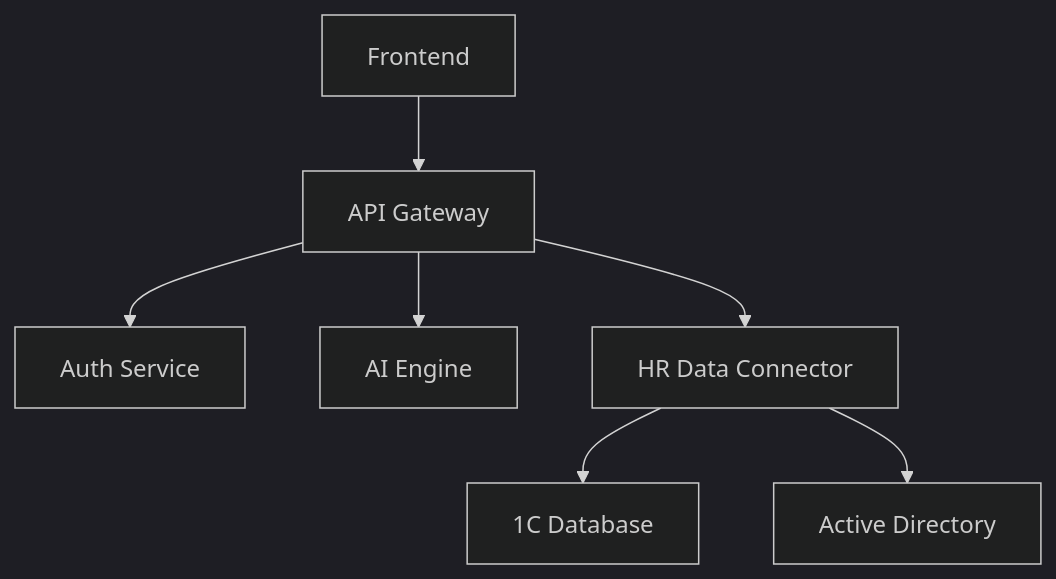
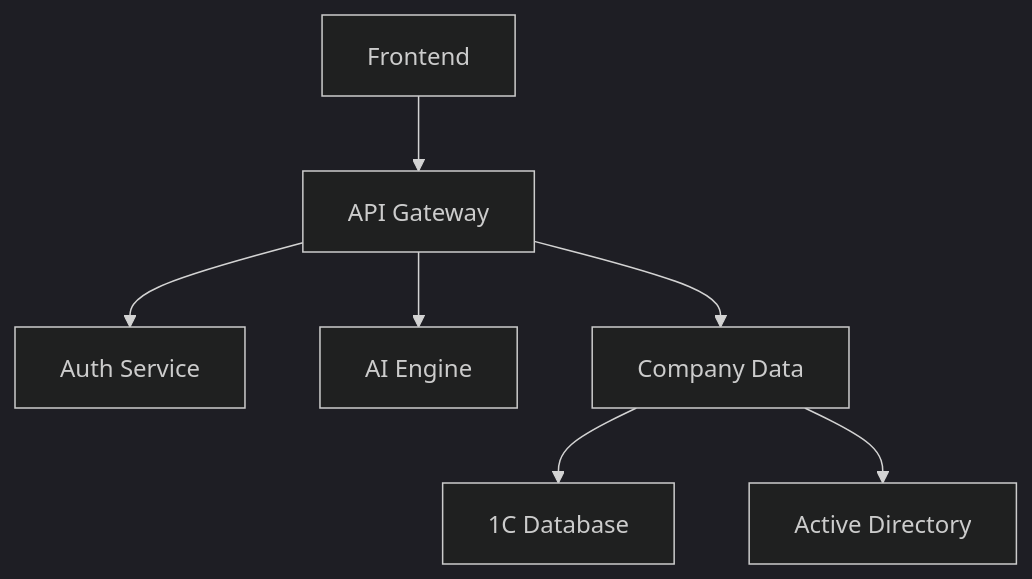
The first of 3 diagrams in AIOnborder/Технические требования.md (Namelomax/AIOnborder), drawn with Mermaid (dark theme) before and after one commit. The commit also changed other lines of this file, not shown here.

````diff
--- a/AIOnborder/Технические требования.md
+++ b/AIOnborder/Технические требования.md
@@ -22,9 +17,9 @@
 ```mermaid
 graph TD
     A[Frontend] --> B[API Gateway]
     B --> C[Auth Service]
     B --> D[AI Engine]
-    B --> E[HR Data Connector]
+    B --> E[Company Data]
     E --> F[1C Database]
     E --> G[Active Directory]
 ```
````
